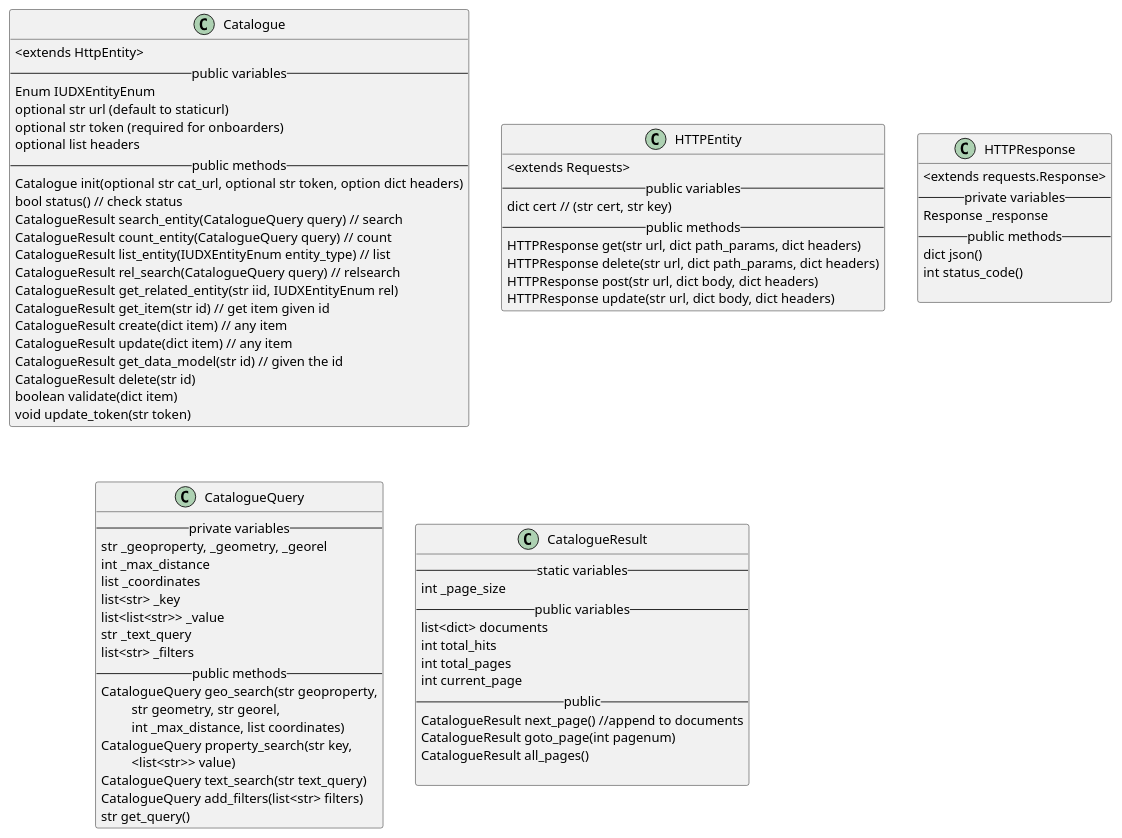
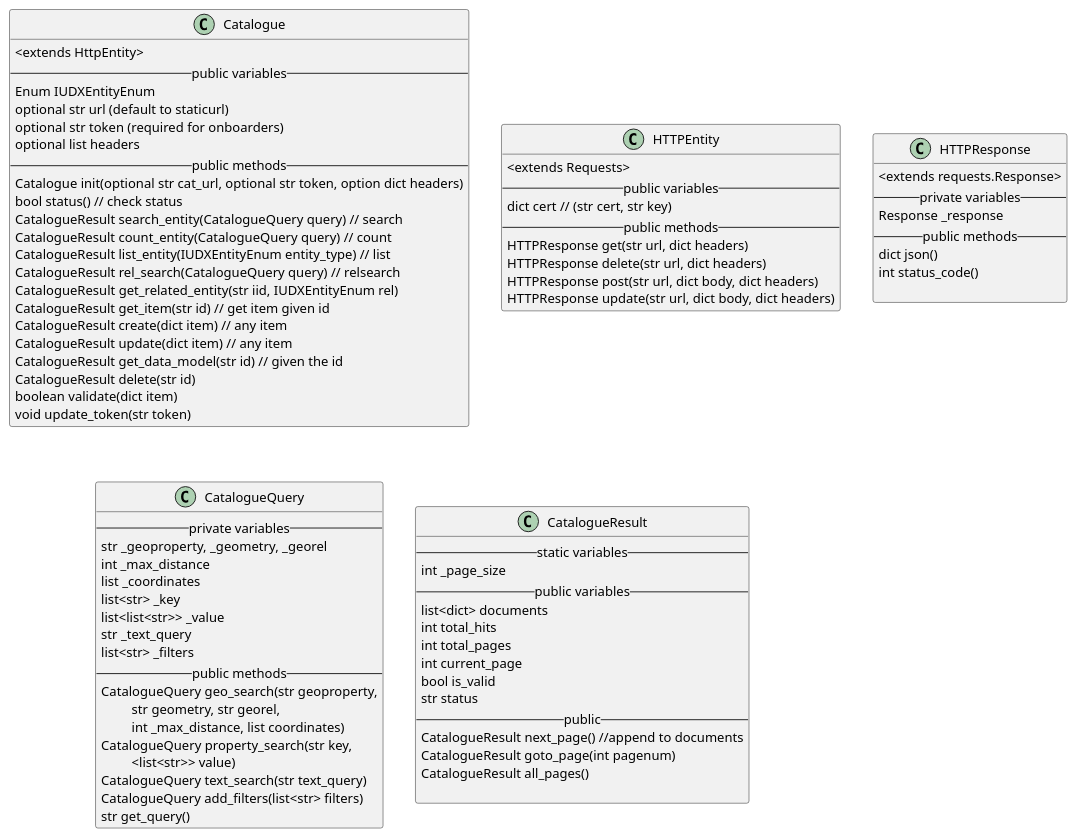
The diagram in docs/diagrams/CatalogueEntity.puml (datakaveri/iudx-python-sdk), drawn with PlantUML before and after one commit. The commit also changed 8 other files, not shown here.

```diff
--- a/docs/diagrams/CatalogueEntity.puml
+++ b/docs/diagrams/CatalogueEntity.puml
@@ -1,86 +1,88 @@
 @startuml
 class Catalogue  {
     <extends HttpEntity>
   -- public variables --
   Enum IUDXEntityEnum
   optional str url (default to staticurl)
   optional str token (required for onboarders)
   optional list headers
   -- public methods --
   Catalogue init(optional str cat_url, optional str token, option dict headers)
   bool status() // check status
   CatalogueResult search_entity(CatalogueQuery query) // search
   CatalogueResult count_entity(CatalogueQuery query) // count
   CatalogueResult list_entity(IUDXEntityEnum entity_type) // list
   CatalogueResult rel_search(CatalogueQuery query) // relsearch
   CatalogueResult get_related_entity(str iid, IUDXEntityEnum rel)
   CatalogueResult get_item(str id) // get item given id
   CatalogueResult create(dict item) // any item
   CatalogueResult update(dict item) // any item
   CatalogueResult get_data_model(str id) // given the id
   CatalogueResult delete(str id)
   boolean validate(dict item)
   void update_token(str token)
 }
 
 class HTTPEntity  {
   <extends Requests>
   -- public variables --
   dict cert // (str cert, str key)
   -- public methods --
-  HTTPResponse get(str url, dict path_params, dict headers)
-  HTTPResponse delete(str url, dict path_params, dict headers)
+  HTTPResponse get(str url, dict headers)
+  HTTPResponse delete(str url, dict headers)
   HTTPResponse post(str url, dict body, dict headers)
   HTTPResponse update(str url, dict body, dict headers)
 }
 
 class HTTPResponse {
   <extends requests.Response>
   -- private variables --
   Response _response
   -- public methods --
   dict json()
   int status_code()
 
 }
 
 
 class CatalogueQuery {
     -- private variables--
     str _geoproperty, _geometry, _georel
     int _max_distance
     list _coordinates
     list<str> _key
     list<list<str>> _value
     str _text_query
     list<str> _filters
     -- public methods --
     CatalogueQuery geo_search(str geoproperty,
         \t str geometry, str georel, 
         \t int _max_distance, list coordinates)
     CatalogueQuery property_search(str key,
                         \t <list<str>> value)
     CatalogueQuery text_search(str text_query)
     CatalogueQuery add_filters(list<str> filters)
     str get_query()
 }
 
 
 class CatalogueResult {
     -- static variables --
     int _page_size
     -- public variables --
     list<dict> documents
     int total_hits
     int total_pages
     int current_page
+    bool is_valid
+    str status
     -- public --
     CatalogueResult next_page() //append to documents
     CatalogueResult goto_page(int pagenum)
     CatalogueResult all_pages()
 
 }
 
 
 
 @enduml
```
